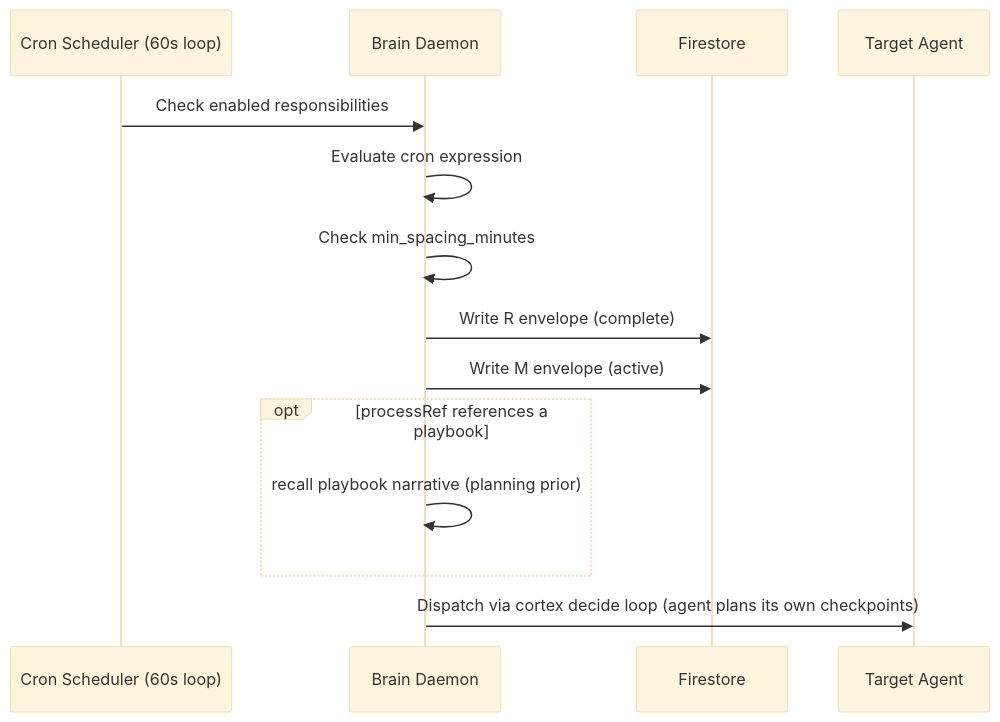
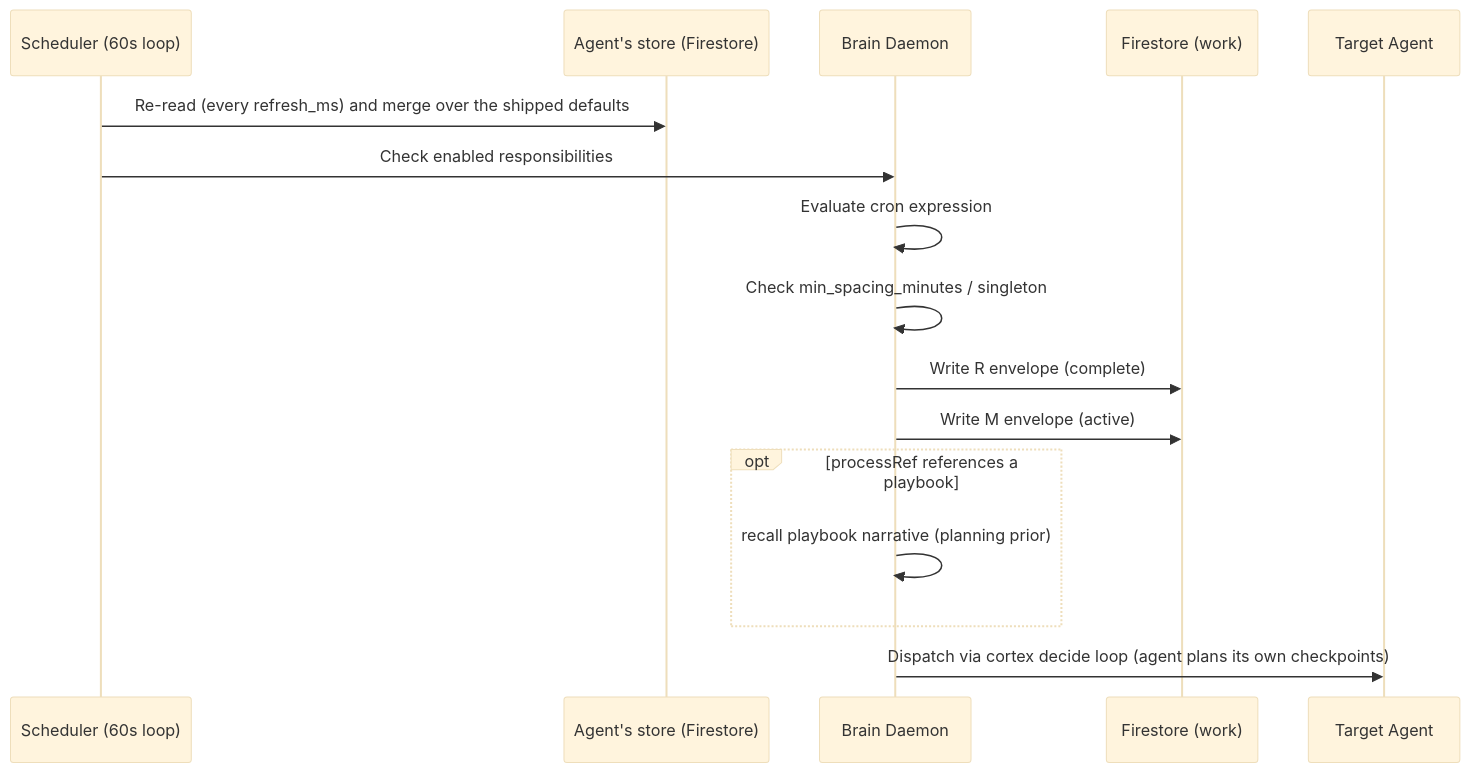
Before and after one commit to Tachin-ai-Corporation/architect-prime-gcp-agent: the first of 2 diagrams in docs/primitives/06-RESPONSIBILITY.md, drawn with Mermaid (base theme). The commit also changed other lines of this file and 35 other files, not shown here.

````diff
--- a/docs/primitives/06-RESPONSIBILITY.md
+++ b/docs/primitives/06-RESPONSIBILITY.md
@@ -89,18 +99,20 @@
 ```mermaid
 sequenceDiagram
-    participant Cron as Cron Scheduler (60s loop)
+    participant Cron as Scheduler (60s loop)
+    participant Store as Agent's store (Firestore)
     participant Brain as Brain Daemon
-    participant FS as Firestore
+    participant FS as Firestore (work)
     participant Agent as Target Agent
 
+    Cron->>Store: Re-read (every refresh_ms) and merge over the shipped defaults
     Cron->>Brain: Check enabled responsibilities
     Brain->>Brain: Evaluate cron expression
-    Brain->>Brain: Check min_spacing_minutes
+    Brain->>Brain: Check min_spacing_minutes / singleton
     Brain->>FS: Write R envelope (complete)
     Brain->>FS: Write M envelope (active)
-    
+
     opt processRef references a playbook
         Brain->>Brain: recall playbook narrative (planning prior)
     end
     Brain->>Agent: Dispatch via cortex decide loop (agent plans its own checkpoints)
 ```
````
